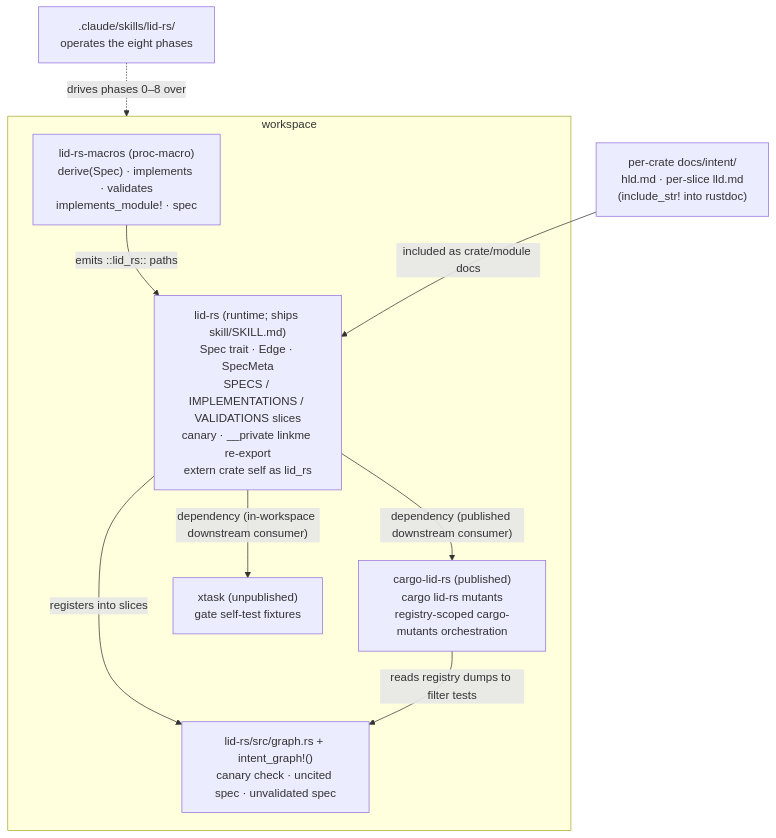
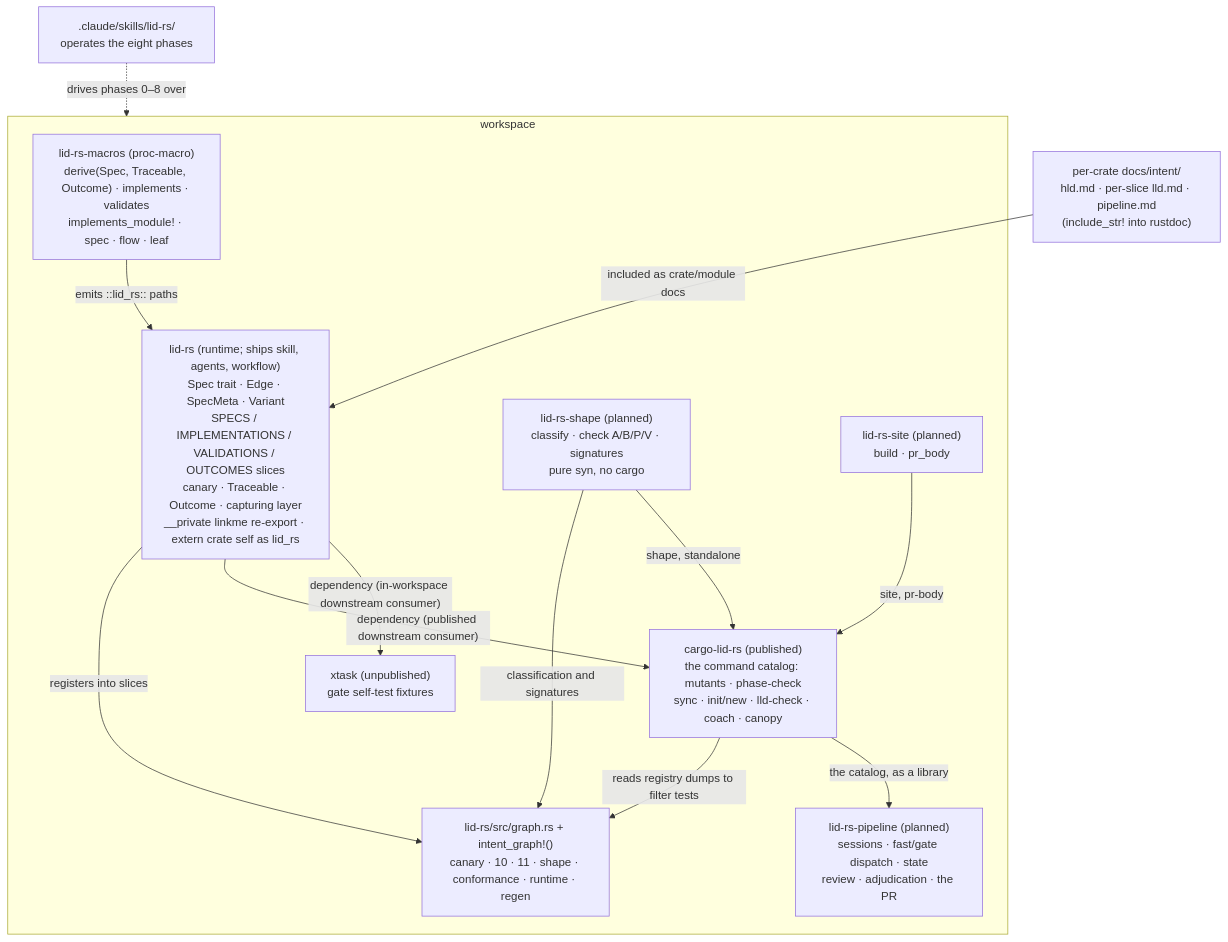
One commit to bradvoth/lid-rs changed the diagram in lid-rs/docs/intent/hld.md. Above: the diagram before and after it, drawn with Mermaid. The commit also changed other lines of this file and 10 other files, not shown here.

````diff
--- a/lid-rs/docs/intent/hld.md
+++ b/lid-rs/docs/intent/hld.md
@@ -115,20 +138,27 @@
 ```mermaid
 graph TD
     subgraph workspace
-        MACROS["lid-rs-macros (proc-macro)\nderive(Spec) · implements · validates\nimplements_module! · spec"]
-        LID["lid-rs (runtime; ships skill/SKILL.md)\nSpec trait · Edge · SpecMeta\nSPECS / IMPLEMENTATIONS / VALIDATIONS slices\ncanary · __private linkme re-export\nextern crate self as lid_rs"]
-        CARGO["cargo-lid-rs (published)\ncargo lid-rs mutants\nregistry-scoped cargo-mutants orchestration"]
+        MACROS["lid-rs-macros (proc-macro)\nderive(Spec, Traceable, Outcome) · implements · validates\nimplements_module! · spec · flow · leaf"]
+        LID["lid-rs (runtime; ships skill, agents, workflow)\nSpec trait · Edge · SpecMeta · Variant\nSPECS / IMPLEMENTATIONS / VALIDATIONS / OUTCOMES slices\ncanary · Traceable · Outcome · capturing layer\n__private linkme re-export · extern crate self as lid_rs"]
+        SHAPE["lid-rs-shape (planned)\nclassify · check A/B/P/V · signatures\npure syn, no cargo"]
+        SITE["lid-rs-site (planned)\nbuild · pr_body"]
+        CARGO["cargo-lid-rs (published)\nthe command catalog: mutants · phase-check\nsync · init/new · lld-check · coach · canopy"]
+        PIPE["lid-rs-pipeline (planned)\nsessions · fast/gate dispatch · state\nreview · adjudication · the PR"]
         XTASK["xtask (unpublished)\ngate self-test fixtures"]
-        GRAPH["lid-rs/src/graph.rs + intent_graph!()\ncanary check · uncited spec · unvalidated spec"]
+        GRAPH["lid-rs/src/graph.rs + intent_graph!()\ncanary · 10 · 11 · shape · conformance · runtime · regen"]
     end
     SKILL[".claude/skills/lid-rs/\noperates the eight phases"]
-    DOCS["per-crate docs/intent/\nhld.md · per-slice lld.md\n(include_str! into rustdoc)"]
+    DOCS["per-crate docs/intent/\nhld.md · per-slice lld.md · pipeline.md\n(include_str! into rustdoc)"]
 
     MACROS -->|"emits ::lid_rs:: paths"| LID
     LID -->|"registers into slices"| GRAPH
+    SHAPE -->|"classification and signatures"| GRAPH
     LID -->|"dependency (published downstream consumer)"| CARGO
     LID -->|"dependency (in-workspace downstream consumer)"| XTASK
+    SHAPE -->|"shape, standalone"| CARGO
+    SITE -->|"site, pr-body"| CARGO
     CARGO -->|"reads registry dumps to filter tests"| GRAPH
+    CARGO -->|"the catalog, as a library"| PIPE
     DOCS -->|"included as crate/module docs"| LID
     SKILL -.->|"drives phases 0–8 over"| workspace
 ```
````
